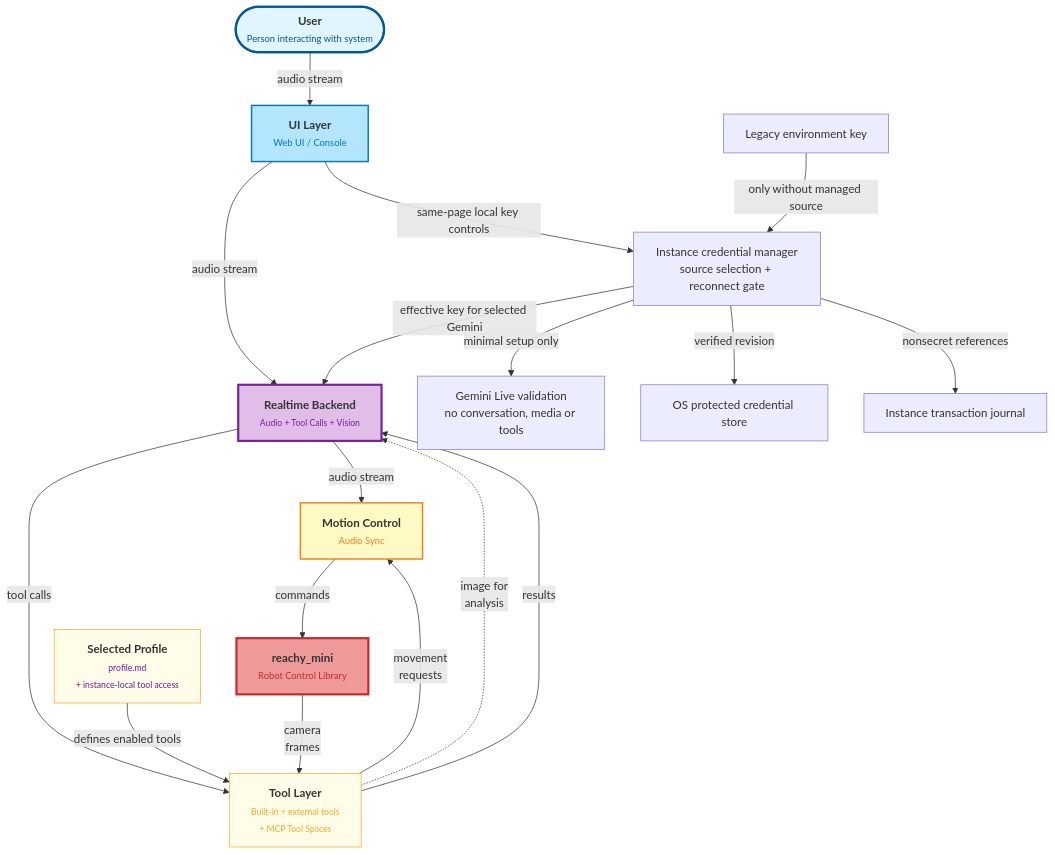
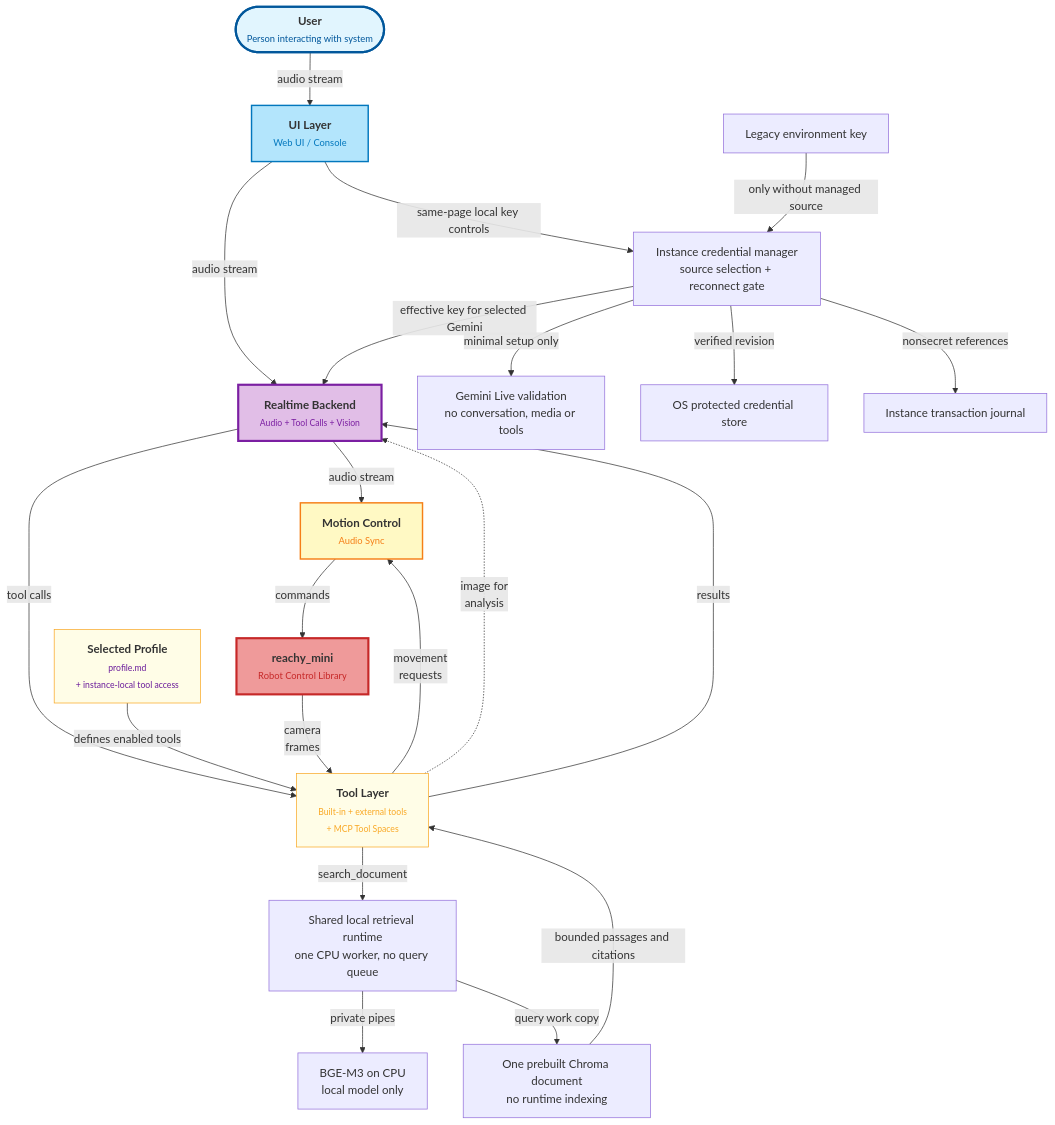
One commit to cavedutzushian/reachy_mini_conversation_app changed the diagram in docs/scheme.mmd. Above: the diagram before and after it, drawn with Mermaid. The commit also changed 31 other files, not shown here.

```diff
--- a/docs/scheme.mmd
+++ b/docs/scheme.mmd
@@ -1,58 +1,63 @@
 ---
 config:
   layout: dagre
   flowchart:
     htmlLabels: true
 ---
 flowchart TB
     User(["<span style='font-size:16px;font-weight:bold;'>User</span><br><span style='font-size:13px;color:#01579b;'>Person interacting with system</span>"]) 
       -- audio stream --> 
     UI@{ label: "<span style='font-size:16px;font-weight:bold;'>UI Layer</span><br><span style='font-size:13px;color:#0277bd;'>Web UI / Console</span>" }
 
     UI -- audio stream --> 
     Backend@{ label: "<span style='font-size:16px;font-weight:bold;'>Realtime Backend</span><br><span style='font-size:12px; color:#7b1fa2;'>Audio + Tool Calls + Vision</span>" }
 
     Backend -- audio stream -->
     Motion@{ label: "<span style='font-size:16px;font-weight:bold;'>Motion Control</span><br><span style='font-size:13px;color:#f57f17;'>Audio Sync</span>" }
     
     Backend -- tool calls --> 
     Handlers@{ label: "<span style='font-size:16px;font-weight:bold;'>Tool Layer</span><br><span style='font-size:12px;color:#f9a825;'>Built-in + external tools<br/>+ MCP Tool Spaces</span>" }
 
     Profiles@{ label: "<span style='font-size:16px;font-weight:bold;'>Selected Profile</span><br><span style='font-size:12px;color:#6a1b9a;'>profile.md<br/>+ instance-local tool access</span>" }
 
     Profiles -- defines enabled tools --> Handlers
 
     Handlers -- movement 
     requests --> Motion
 
     Handlers -. image for
     analysis .-> Backend
 
     Robot@{ label: "<span style='font-size:16px;font-weight:bold;'>reachy_mini</span><br><span style='font-size:13px;color:#c62828;'>Robot Control Library</span>" }
     -- camera 
     frames --> Handlers
 
     Motion -- commands --> Robot
 
     Handlers -- results --> Backend
 
+    Handlers -- search_document --> Retrieval["Shared local retrieval runtime<br/>one CPU worker, no query queue"]
+    Retrieval -- private pipes --> Encoder["BGE-M3 on CPU<br/>local model only"]
+    Retrieval -- query work copy --> Document["One prebuilt Chroma document<br/>no runtime indexing"]
+    Document -- bounded passages and citations --> Handlers
+
     UI -- same-page local key controls --> Credentials["Instance credential manager<br/>source selection + reconnect gate"]
     Credentials -- minimal setup only --> Validation["Gemini Live validation<br/>no conversation, media or tools"]
     Credentials -- verified revision --> Vault["OS protected credential store"]
     Credentials -- nonsecret references --> Journal["Instance transaction journal"]
     Environment["Legacy environment key"] -- only without managed source --> Credentials
     Credentials -- effective key for selected Gemini --> Backend
 
      User:::userStyle
      UI:::uiStyle
      Backend:::aiStyle
      Motion:::coreStyle
      Profiles:::toolStyle
      Handlers:::toolStyle
      Robot:::hardwareStyle
     classDef userStyle fill:#e1f5fe,stroke:#01579b,stroke-width:3px
     classDef uiStyle fill:#b3e5fc,stroke:#0277bd,stroke-width:2px
     classDef aiStyle fill:#e1bee7,stroke:#7b1fa2,stroke-width:3px
     classDef coreStyle fill:#fff9c4,stroke:#f57f17,stroke-width:2px
     classDef hardwareStyle fill:#ef9a9a,stroke:#c62828,stroke-width:3px
     classDef toolStyle fill:#fffde7,stroke:#f9a825,stroke-width:1px
```
